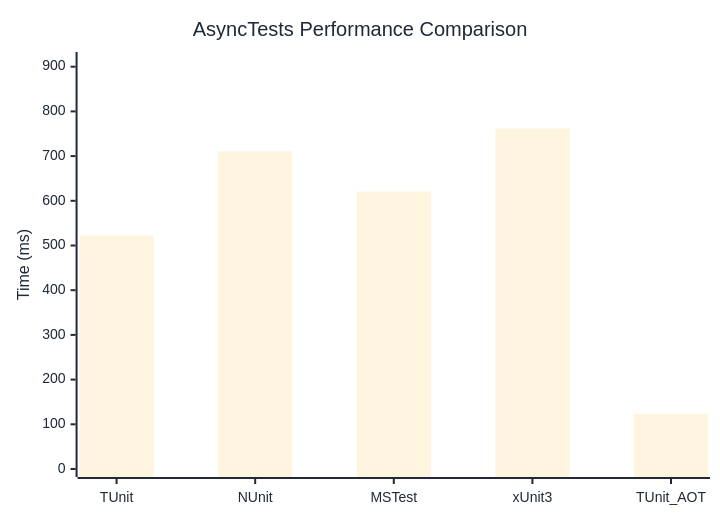
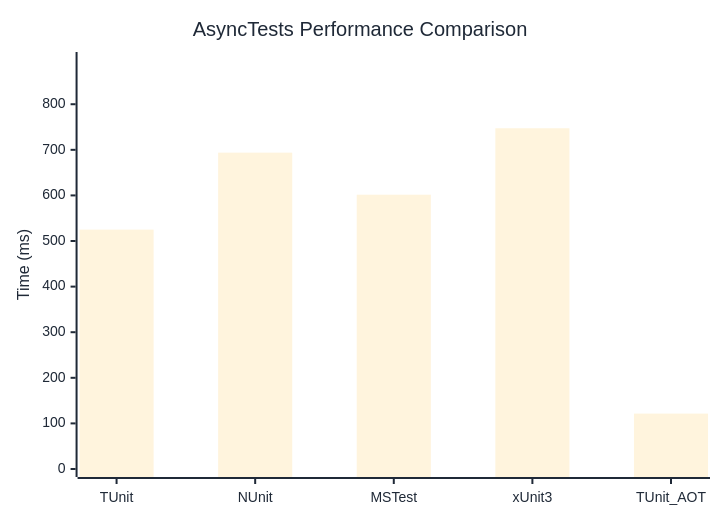
The diagram in docs/docs/benchmarks/AsyncTests.md (thomhurst/TUnit), drawn with Mermaid before and after one commit. The commit also changed other lines of this file and 17 other files, not shown here.

````diff
--- a/docs/docs/benchmarks/AsyncTests.md
+++ b/docs/docs/benchmarks/AsyncTests.md
@@ -27,37 +27,37 @@
 ```mermaid
 %%{init: {
   'theme':'base',
   'themeVariables': {
     'primaryColor': '#2563eb',
     'primaryTextColor': '#1f2937',
     'primaryBorderColor': '#1e40af',
     'lineColor': '#6b7280',
     'secondaryColor': '#7c3aed',
     'tertiaryColor': '#dc2626',
     'background': '#ffffff',
     'mainBkg': '#2563eb',
     'secondBkg': '#7c3aed',
     'tertiaryBkg': '#dc2626',
     'clusterBkg': '#f3f4f6',
     'edgeLabelBackground': '#ffffff',
     'tertiaryTextColor': '#1f2937',
     'pie1': '#2563eb',
     'pie2': '#7c3aed',
     'pie3': '#dc2626',
     'pie4': '#f59e0b',
     'pie5': '#10b981',
     'pie6': '#06b6d4',
     'pie7': '#ec4899',
     'pie8': '#6366f1',
     'pie9': '#84cc16',
     'pie10': '#f97316',
     'pie11': '#14b8a6',
     'pie12': '#a855f7'
   }
 }}%%
 xychart-beta
   title "AsyncTests Performance Comparison"
   x-axis ["TUnit", "NUnit", "MSTest", "xUnit3", "TUnit_AOT"]
-  y-axis "Time (ms)" 0 --> 915
-  bar [522.2, 711, 620.7, 761.8, 123.4]
+  y-axis "Time (ms)" 0 --> 897
+  bar [525, 693.8, 601.6, 747.3, 121.5]
 ```
````
